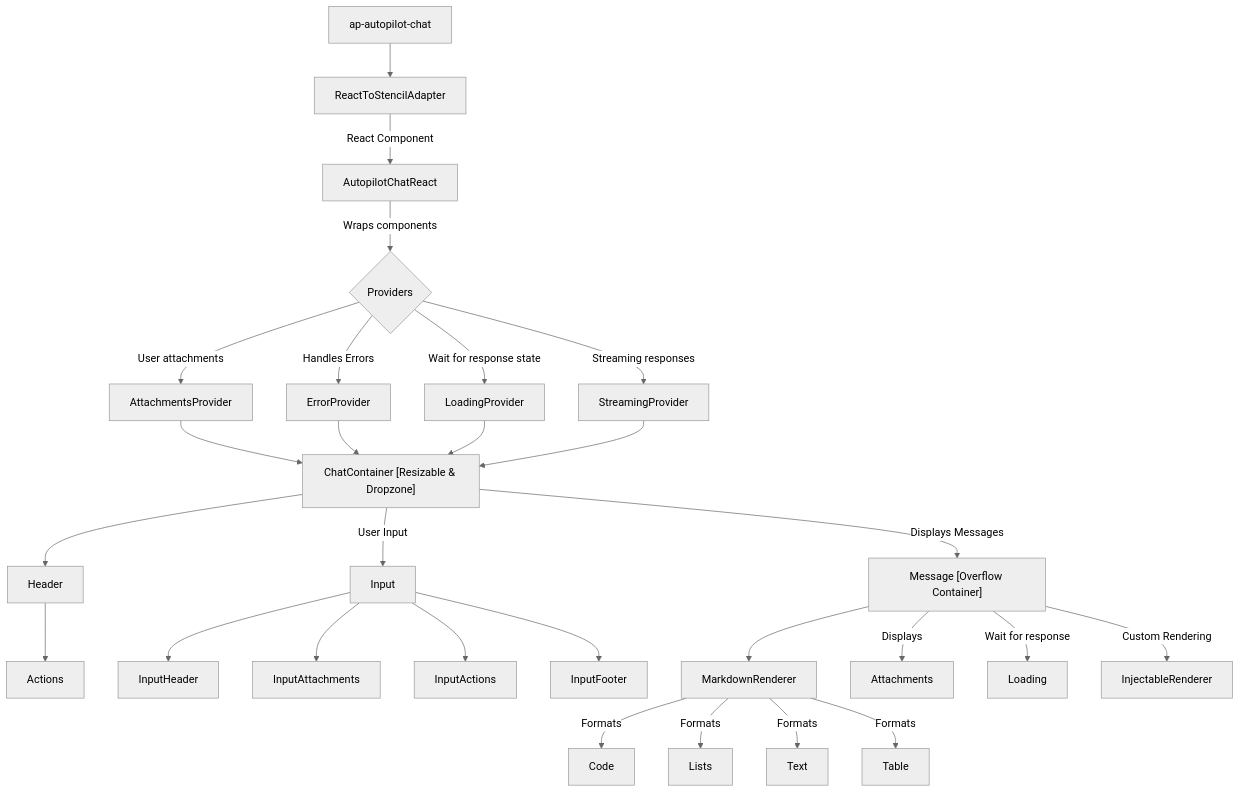
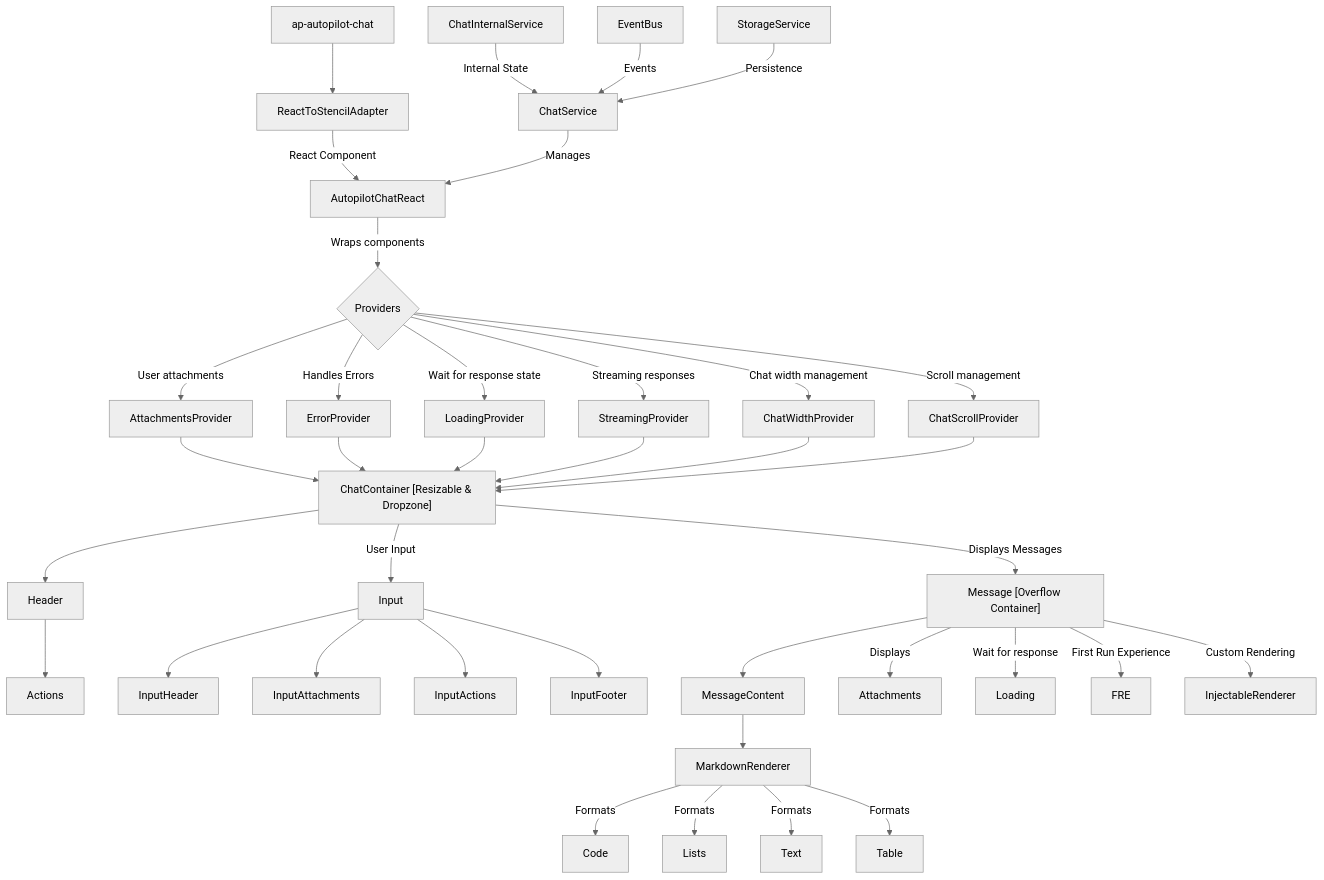
Before and after one commit to UiPath/apollo-ui: the diagram in packages/apollo-react/src/material/components/ap-chat/DOCS.md, drawn with Mermaid (neutral theme). The commit also changed other lines of this file, not shown here.

````diff
--- a/packages/apollo-react/src/material/components/ap-chat/DOCS.md
+++ b/packages/apollo-react/src/material/components/ap-chat/DOCS.md
@@ -542,44 +543,56 @@
 ```mermaid
 graph TD
     %% Main Components
     A[ap-autopilot-chat] --> B[ReactToStencilAdapter]
     B -->|React Component| C[AutopilotChatReact]
 
     %% Main Container Structure
     C -->|Wraps components| D{Providers}
     
     %% Providers
     D -->|User attachments| E[AttachmentsProvider]
     D -->|Handles Errors| F[ErrorProvider]
     D -->|Wait for response state| G[LoadingProvider]
     D -->|Streaming responses| H[StreamingProvider]
+    D -->|Chat width management| I[ChatWidthProvider]
+    D -->|Scroll management| J[ChatScrollProvider]
 
     %% Chat Container
-    E --> I["ChatContainer [Resizable & Dropzone]"]
-    F --> I
-    G --> I
-    H --> I
+    E --> K["ChatContainer [Resizable & Dropzone]"]
+    F --> K
+    G --> K
+    H --> K
+    I --> K
+    J --> K
 
     %% Header
-    I -->J[Header]
-    J --> K[Actions]
+    K --> L[Header]
+    L --> M[Actions]
 
     %% Input Section
-    I -->|User Input| L[Input]
-    L --> M[InputHeader]
-    L --> N[InputAttachments]
-    L --> O[InputActions]
-    L --> P[InputFooter]
+    K -->|User Input| N[Input]
+    N --> O[InputHeader]
+    N --> P[InputAttachments]
+    N --> Q[InputActions]
+    N --> R[InputFooter]
 
     %% Message Section
-    I -->|Displays Messages| Q["Message [Overflow Container]"]
-    Q --> R[MarkdownRenderer]
-    R -->|Formats| S[Code]
-    R -->|Formats| T[Lists]
-    R -->|Formats| U[Text]
-    R -->|Formats| V[Table]
+    K -->|Displays Messages| S["Message [Overflow Container]"]
+    S --> T[MessageContent]
+    T --> U[MarkdownRenderer]
+    U -->|Formats| V[Code]
+    U -->|Formats| W[Lists]
+    U -->|Formats| X[Text]
+    U -->|Formats| Y[Table]
     
-    Q -->|Displays| W[Attachments]
-    Q -->|Wait for response| X[Loading]
-    Q -->|Custom Rendering| Y[InjectableRenderer]
+    S -->|Displays| Z[Attachments]
+    S -->|Wait for response| AA[Loading]
+    S -->|First Run Experience| AB[FRE]
+    S -->|Custom Rendering| AC[InjectableRenderer]
+
+    %% Services
+    AD[ChatService] -->|Manages| C
+    AE[ChatInternalService] -->|Internal State| AD
+    AF[EventBus] -->|Events| AD
+    AG[StorageService] -->|Persistence| AD
 ```
````
